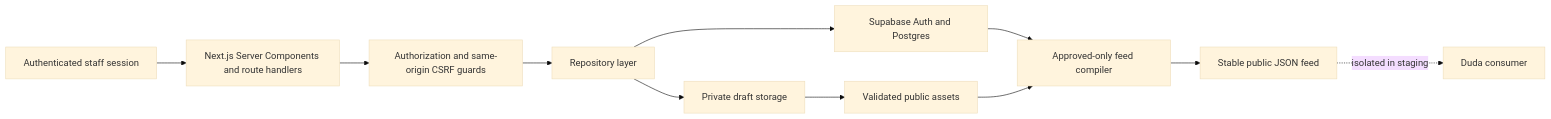
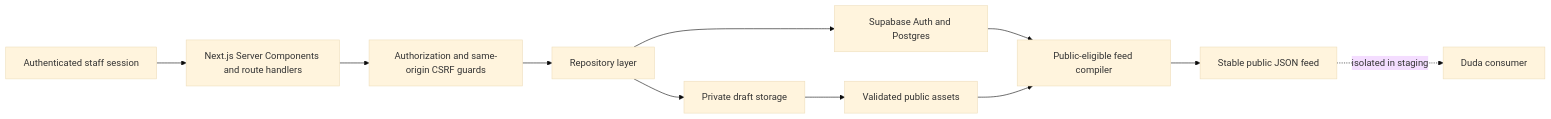
The diagram in apps/admin-cms/README.md (acmis1/capstone-impact-platform), drawn with Mermaid (base theme) before and after one commit. The commit also changed other lines of this file and 1 other file, not shown here.

````diff
--- a/apps/admin-cms/README.md
+++ b/apps/admin-cms/README.md
@@ -53,13 +53,13 @@
 ```mermaid
 flowchart LR
     A[Authenticated staff session] --> B[Next.js Server Components and route handlers]
     B --> C[Authorization and same-origin CSRF guards]
     C --> D[Repository layer]
     D --> E[Supabase Auth and Postgres]
     D --> F[Private draft storage]
     F --> G[Validated public assets]
-    E --> H[Approved-only feed compiler]
+    E --> H[Public-eligible feed compiler]
     G --> H
     H --> I[Stable public JSON feed]
     I -. isolated in staging .-> J[Duda consumer]
 ```
````
